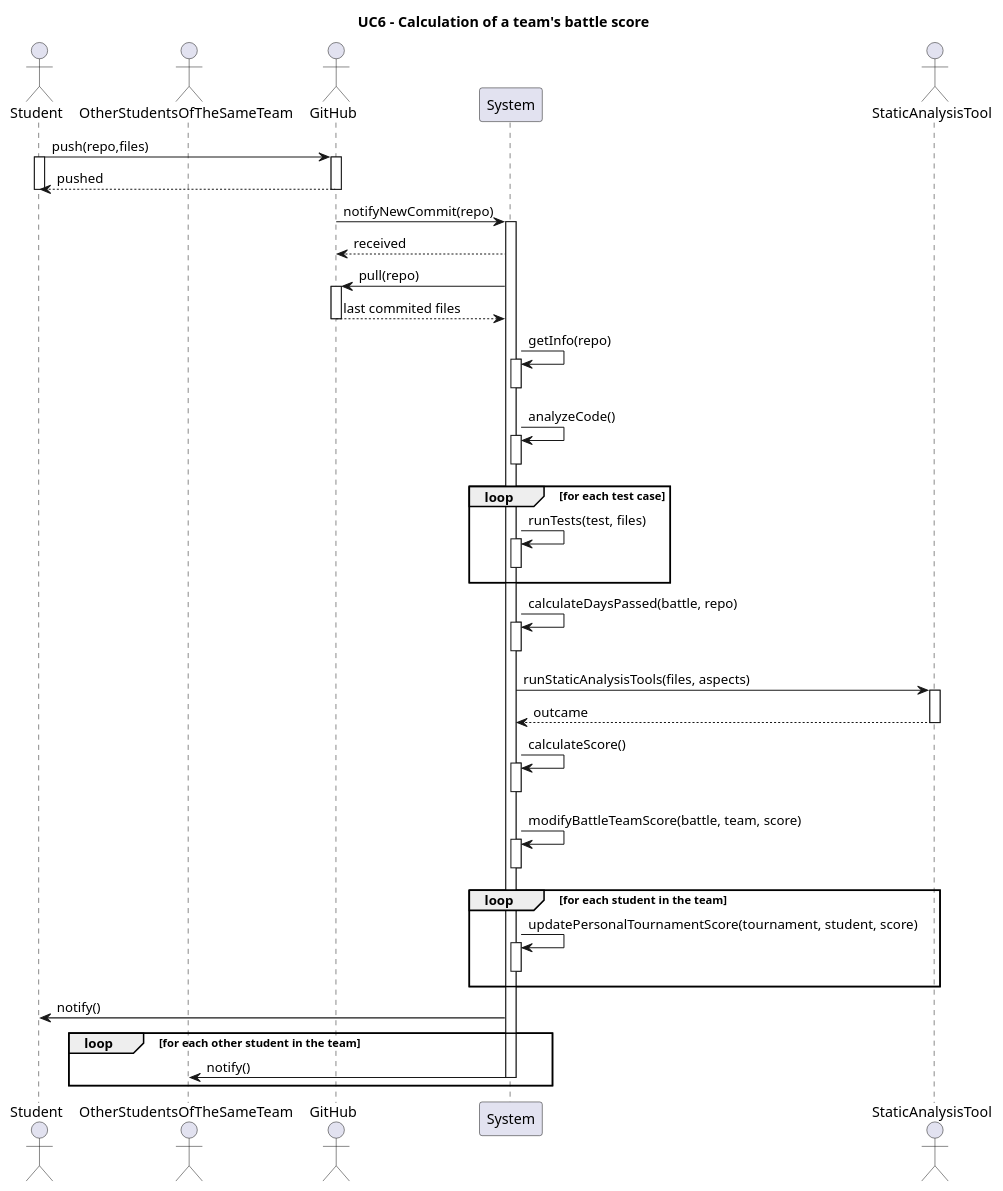
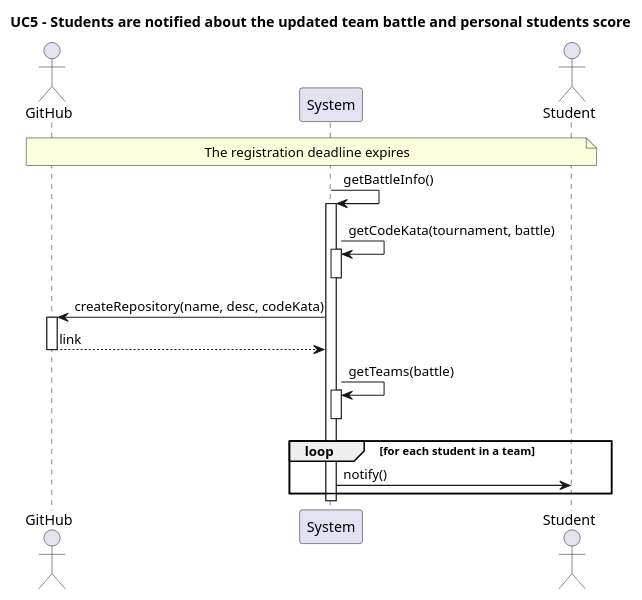
Before and after one commit to Furrrlo/CodeKataBattle: the diagram in rasd/puml/UC6.puml, drawn with PlantUML. The commit also changed 10 other files, not shown here.

```diff
--- a/rasd/puml/UC6.puml
+++ b/rasd/puml/UC6.puml
@@ -1,60 +1,31 @@
-@startuml UC6
-title UC6 - Calculation of a team's battle score
-actor Student
-actor OtherStudentsOfTheSameTeam
+@startuml UC5
+title UC5 - Students are notified about the updated team battle and personal students score
+
+
+
 actor GitHub
 participant System
-actor StaticAnalysisTool
+actor Student
 
-Student -> GitHub ++ : push(repo,files)
-activate Student
-GitHub --> Student --: pushed
-deactivate Student
+note across: The registration deadline expires
+
+System -> System ++: getBattleInfo()
 
 
-GitHub -> System ++ : notifyNewCommit(repo)
-
-System --> GitHub : received
-
-System -> GitHub ++ : pull(repo)
-GitHub --> System --: last commited files
-
-
-System -> System ++: getInfo(repo)
+System -> System ++: getCodeKata(tournament, battle)
 deactivate System
 
-System -> System ++: analyzeCode()
+System -> GitHub ++: createRepository(name, desc, codeKata)
+GitHub --> System --: link 
+
+System -> System ++: getTeams(battle)
 deactivate System
 
 
-loop for each test case
-    System -> System ++: runTests(test, files)
-    deactivate System
+loop for each student in a team
+    System -> Student : notify()
+
 end
-
-System -> System ++: calculateDaysPassed(battle, repo)
 deactivate System
 
-System -> StaticAnalysisTool ++: runStaticAnalysisTools(files, aspects)
-StaticAnalysisTool --> System -- : outcame
-
-
-System -> System ++: calculateScore()
-deactivate System
-
-System -> System ++: modifyBattleTeamScore(battle, team, score)
-deactivate System
-
-loop for each student in the team
-    System -> System ++: updatePersonalTournamentScore(tournament, student, score)
-    deactivate System
-end
-
-System -> Student: notify()
-loop for each other student in the team
-    System -> OtherStudentsOfTheSameTeam: notify()
-    deactivate System
-end
-
-
 @enduml
```
